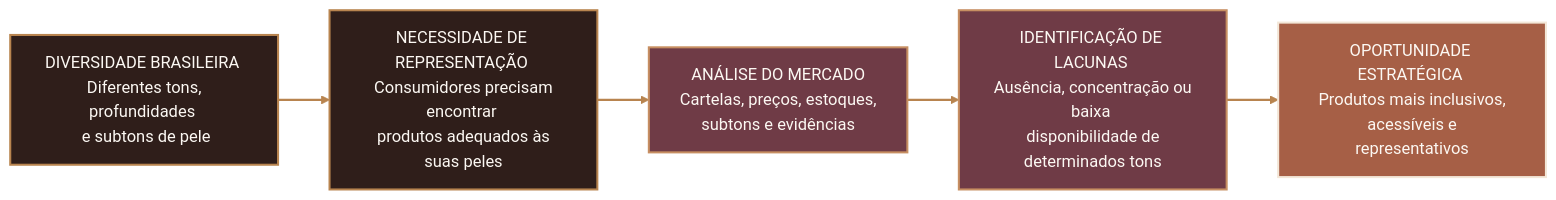
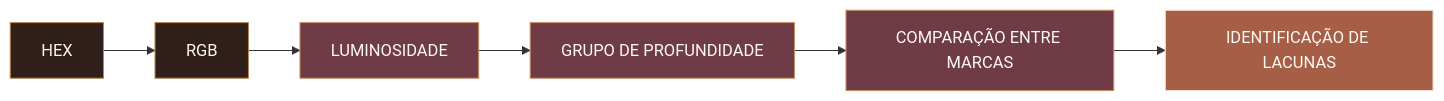
Before and after one commit to Projeto-L-Oreal-Paris/Avanco-da-industria-da-maquiagem: the second of 5 diagrams in README.md, drawn with Mermaid. The commit also changed other lines of this file, not shown here.

````diff
--- a/README.md
+++ b/README.md
@@ -362,27 +152,16 @@
 ```mermaid
 flowchart LR
-    A["DIVERSIDADE BRASILEIRA <br/> Diferentes tons, profundidades <br/> e subtons de pele"]
+    A["HEX"] --> B["RGB"]
+    B --> C["LUMINOSIDADE"]
+    C --> D["GRUPO DE PROFUNDIDADE"]
+    D --> E["COMPARAÇÃO ENTRE MARCAS"]
+    E --> F["IDENTIFICAÇÃO DE LACUNAS"]
 
-    B["NECESSIDADE DE REPRESENTAÇÃO <br/> Consumidores precisam encontrar <br/> produtos adequados às suas peles"]
+    classDef dado fill:#2F1E1A,stroke:#B8844F,color:#FCF8F3;
+    classDef processo fill:#6F3B46,stroke:#C78F62,color:#FCF8F3;
+    classDef insight fill:#A65F46,stroke:#F3E7D8,color:#FCF8F3;
 
-    C["ANÁLISE DO MERCADO <br/> Cartelas, preços, estoques, <br/> subtons e evidências"]
-
-    D["IDENTIFICAÇÃO DE LACUNAS <br/> Ausência, concentração ou baixa <br/> disponibilidade de determinados tons"]
-
-    E["OPORTUNIDADE ESTRATÉGICA <br/> Produtos mais inclusivos, <br/> acessíveis e representativos"]
-
-    A --> B
-    B --> C
-    C --> D
-    D --> E
-
-    classDef contexto fill:#2F1E1A,stroke:#B8844F,color:#FCF8F3,stroke-width:2px;
-    classDef mercado fill:#6F3B46,stroke:#C78F62,color:#FCF8F3,stroke-width:2px;
-    classDef oportunidade fill:#A65F46,stroke:#F3E7D8,color:#FCF8F3,stroke-width:2px;
-
-    class A,B contexto;
-    class C,D mercado;
-    class E oportunidade;
-
-    linkStyle default stroke:#B8844F,stroke-width:2px;
+    class A,B dado;
+    class C,D,E processo;
+    class F insight;
 ```
````
